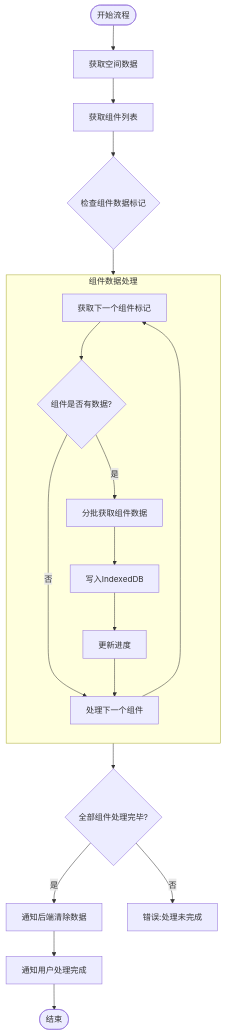
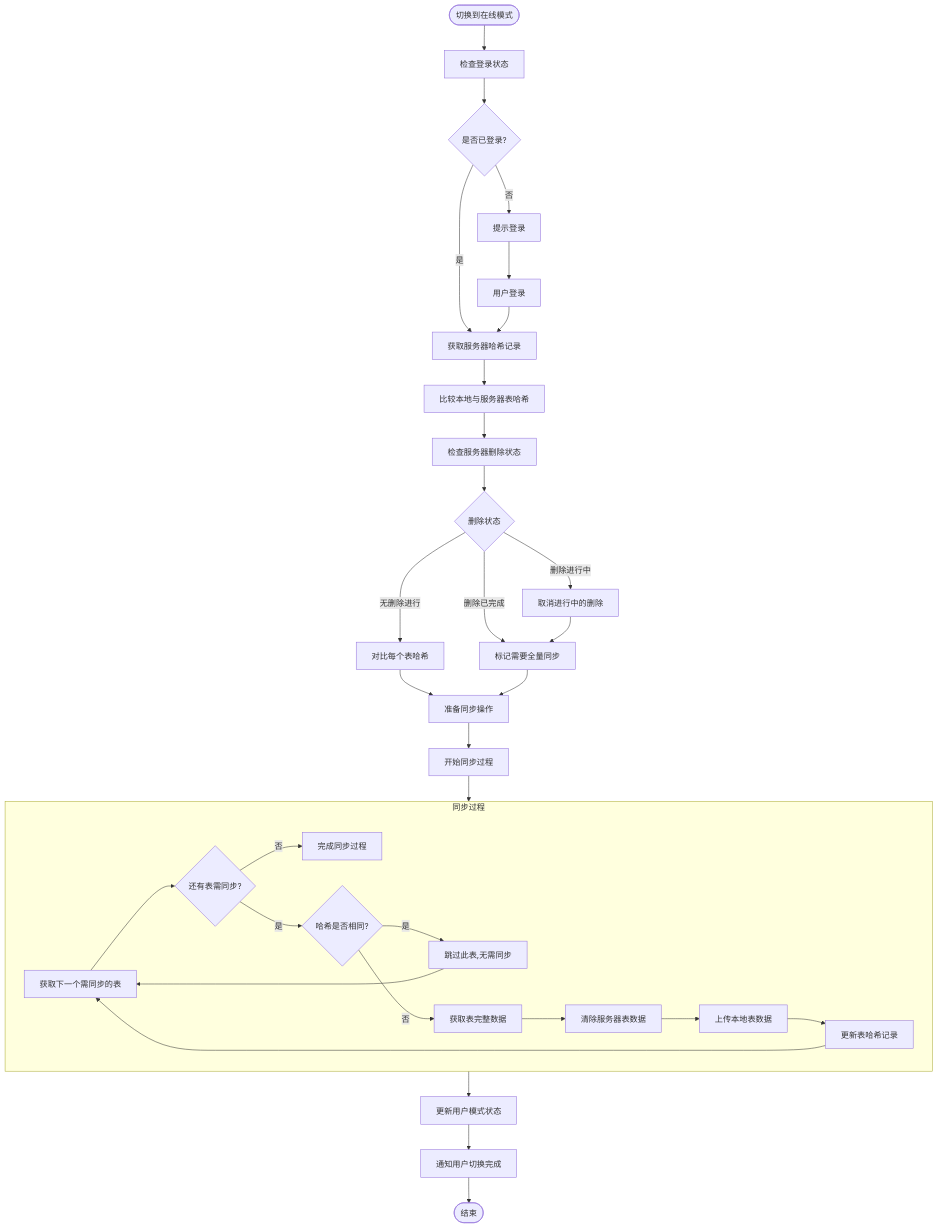
The diagram in all/未命名-50.md (yingjianzh/iodraw-files), drawn with Mermaid before and after one commit.

Commit message:
2025-05-08 16:33:33 update

````diff
--- a/all/未命名-50.md
+++ b/all/未命名-50.md
@@ -1,29 +1,49 @@
 ```mermaid
 
 flowchart TD
-    Start([开始流程]) --> FetchSpaceData[获取空间数据]
+    Start([切换到在线模式]) --> CheckLogin[检查登录状态]
+    CheckLogin --> IsLoggedIn{是否已登录?}
     
-    FetchSpaceData --> FetchComponentList[获取组件列表]
-    FetchComponentList --> CheckComponentData{检查组件数据标记}
+    IsLoggedIn -->|否| LoginPrompt[提示登录]
+    IsLoggedIn -->|是| FetchServerHashes[获取服务器哈希记录]
     
-    subgraph ComponentProcess [组件数据处理]
-        direction TB
-        A[获取下一个组件标记] --> B{组件是否有数据?}
-        B -->|否| NextComponent[处理下一个组件]
-        B -->|是| C[分批获取组件数据]
-        C --> D[写入IndexedDB]
-        D --> UpdateProgress[更新进度]
-        UpdateProgress --> NextComponent
-        NextComponent --> A
+    LoginPrompt --> UserLogin[用户登录]
+    UserLogin --> FetchServerHashes
+    
+    FetchServerHashes --> CompareTables[比较本地与服务器表哈希]
+    CompareTables --> CheckDeletionStatus[检查服务器删除状态]
+    
+    CheckDeletionStatus --> DeletionState{删除状态}
+    
+    DeletionState -->|无删除进行| CompareHashes[对比每个表哈希]
+    DeletionState -->|删除进行中| CancelDeletion[取消进行中的删除]
+    DeletionState -->|删除已完成| ForceFullSync[标记需要全量同步]
+    
+    CancelDeletion --> ForceFullSync
+    
+    CompareHashes --> PrepareSync[准备同步操作]
+    ForceFullSync --> PrepareSync
+    
+    PrepareSync --> BeginSyncProcess[开始同步过程]
+    
+    subgraph SyncProcess [同步过程]
+        A[获取下一个需同步的表] --> B{还有表需同步?}
+        B -->|否| CompleteSyncProcess[完成同步过程]
+        B -->|是| C{哈希是否相同?}
+        
+        C -->|是| TablesSkipped[跳过此表,无需同步]
+        C -->|否| D[获取表完整数据]
+        TablesSkipped --> A
+        
+        D --> E[清除服务器表数据]
+        E --> F[上传本地表数据]
+        F --> G[更新表哈希记录]
+        G --> A
     end
     
-    CheckComponentData --> ComponentProcess
-    ComponentProcess --> AllComponentsProcessed{全部组件处理完毕?}
-    
-    AllComponentsProcessed -->|是| ClearServerData[通知后端清除数据]
-    AllComponentsProcessed -->|否| Error3[错误:处理未完成]
-    
-    ClearServerData --> CompletionNotification[通知用户处理完成]
-    CompletionNotification --> End([结束])
+    BeginSyncProcess --> SyncProcess
+    SyncProcess --> UpdateModeState[更新用户模式状态]
+    UpdateModeState --> NotifyComplete[通知用户切换完成]
+    NotifyComplete --> End([结束])
 
 ```
````
